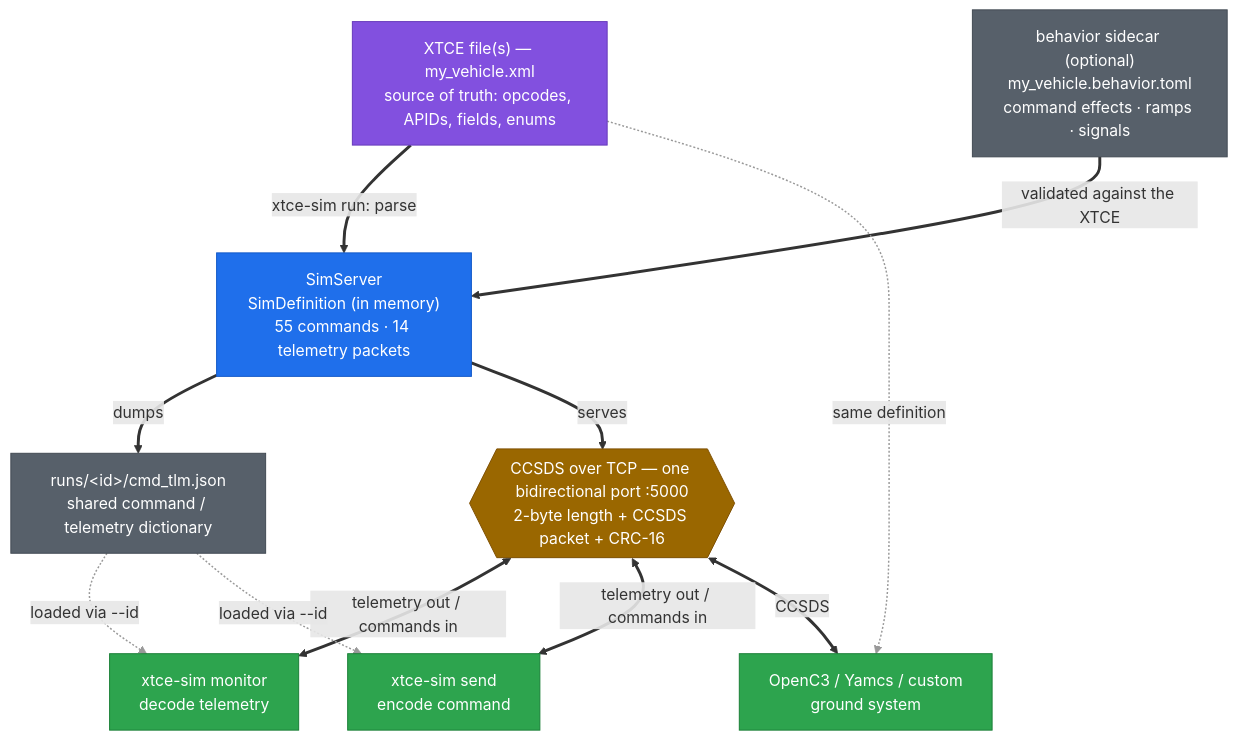
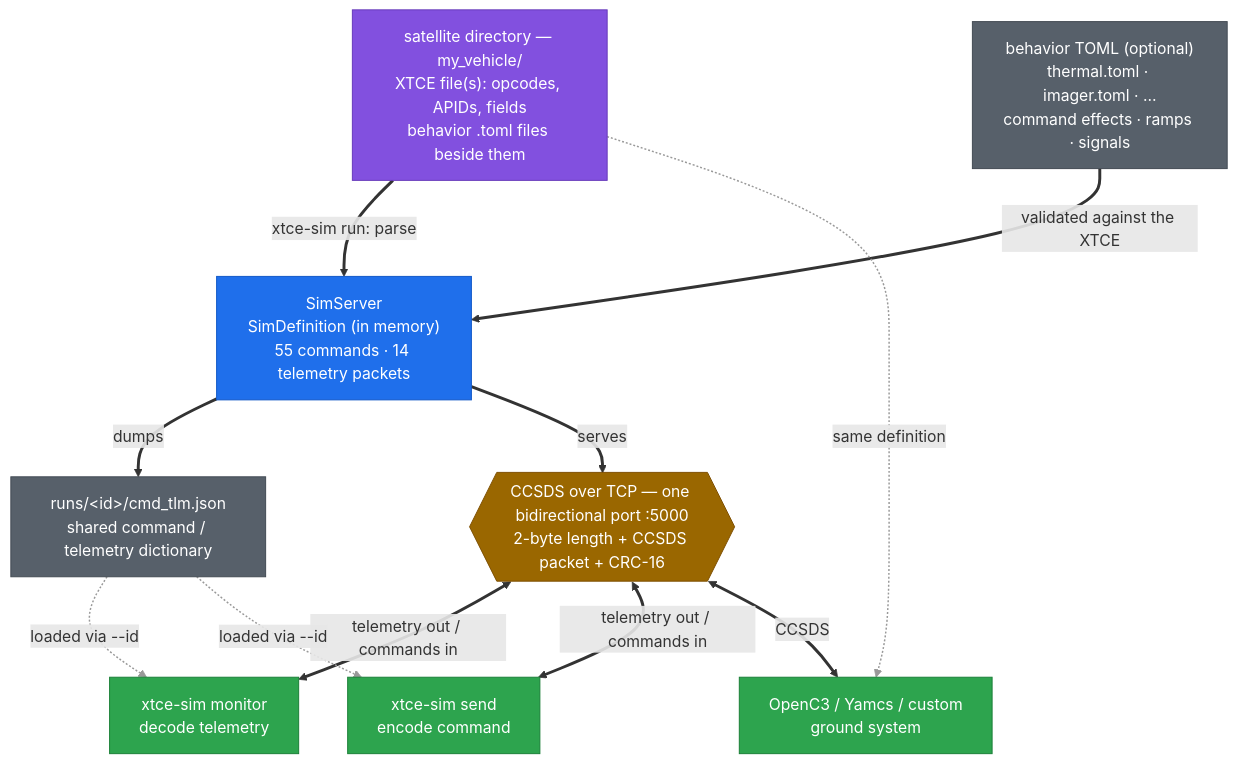
One commit to FredMessinger2/xtce-sim changed the diagram in README.md. Above: the diagram before and after it, drawn with Mermaid. The commit also changed other lines of this file and 22 other files, not shown here.

````diff
--- a/README.md
+++ b/README.md
@@ -27,41 +27,41 @@
 ```mermaid
 flowchart TD
-    XTCE["XTCE file(s) — my_vehicle.xml<br/>source of truth: opcodes, APIDs, fields, enums"]
-    BEH["behavior sidecar (optional)<br/>my_vehicle.behavior.toml<br/>command effects · ramps · signals"]
+    XTCE["satellite directory — my_vehicle/<br/>XTCE file(s): opcodes, APIDs, fields<br/>behavior .toml files beside them"]
+    BEH["behavior TOML (optional)<br/>thermal.toml · imager.toml · …<br/>command effects · ramps · signals"]
     SIM["SimServer<br/>SimDefinition (in memory)<br/>55 commands · 14 telemetry packets"]
     JSON["runs/&lt;id&gt;/cmd_tlm.json<br/>shared command / telemetry dictionary"]
     PORT{{"CCSDS over TCP — one bidirectional port :5000<br/>2-byte length + CCSDS packet + CRC-16"}}
     MON["xtce-sim monitor<br/>decode telemetry"]
     SEND["xtce-sim send<br/>encode command"]
     GS["OpenC3 / Yamcs / custom<br/>ground system"]
 
     XTCE -->|"xtce-sim run: parse"| SIM
     BEH -->|"validated against the XTCE"| SIM
     SIM -->|dumps| JSON
     SIM -->|serves| PORT
     PORT <-->|"telemetry out / commands in"| MON
     PORT <-->|"telemetry out / commands in"| SEND
     PORT <-->|CCSDS| GS
     JSON -.->|"loaded via --id"| MON
     JSON -.->|"loaded via --id"| SEND
     XTCE -.->|"same definition"| GS
 
     %% Live/build links (solid) are thick and dark; out-of-band definition
     %% sharing (dashed) is thin and gray — dash length alone is hard to see.
     linkStyle 0,1,2,3,4,5,6 stroke-width:3px
     linkStyle 7,8,9 stroke:#999999,stroke-width:1.5px
 
     %% Explicit fills + text colors so the diagram stays readable in both
     %% GitHub themes (the default theme picks unreadable colors in dark mode).
     classDef source fill:#8250df,stroke:#6639ba,color:#ffffff
     classDef sim fill:#1f6feb,stroke:#1158c7,color:#ffffff
     classDef artifact fill:#57606a,stroke:#424a53,color:#ffffff
     classDef wire fill:#9a6700,stroke:#7d4e00,color:#ffffff
     classDef client fill:#2da44e,stroke:#1a7f37,color:#ffffff
     class XTCE source
     class BEH artifact
     class SIM sim
     class JSON artifact
     class PORT wire
     class MON,SEND,GS client
 ```
````
